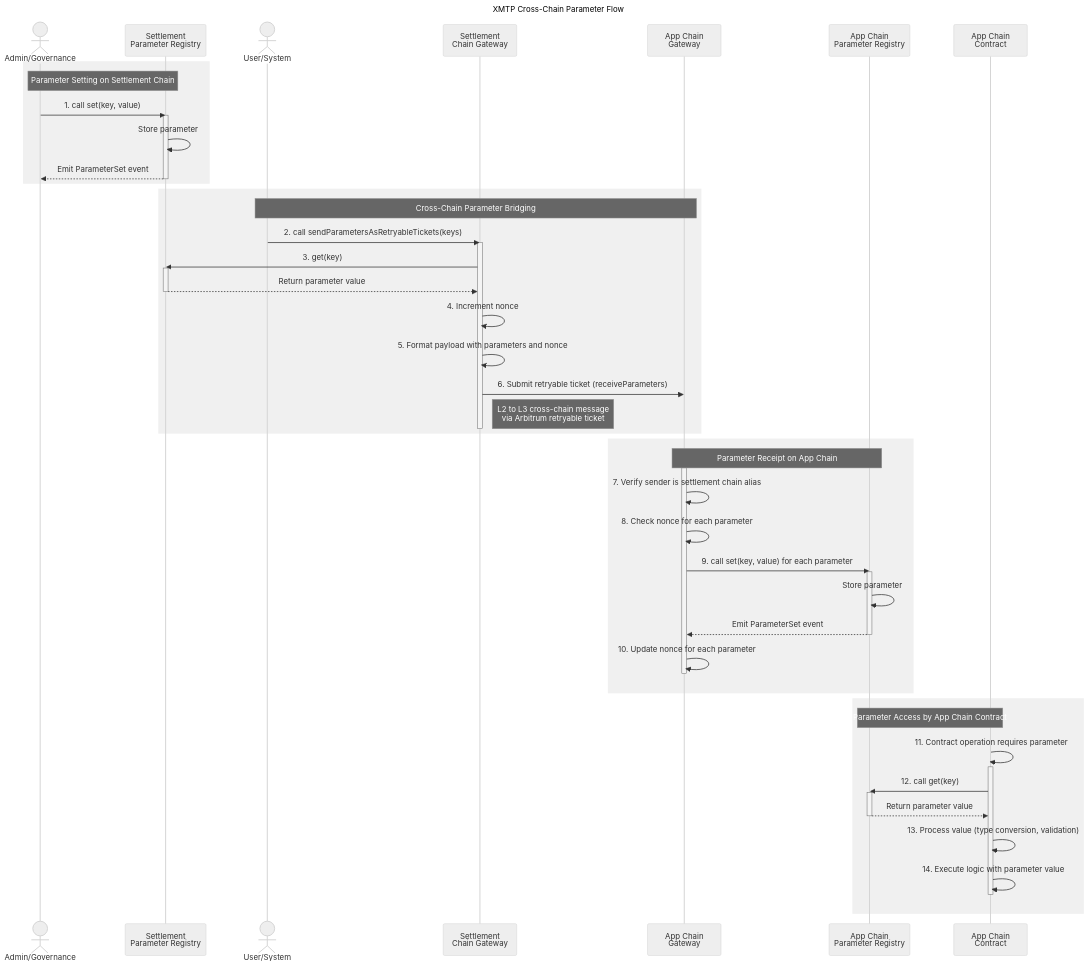
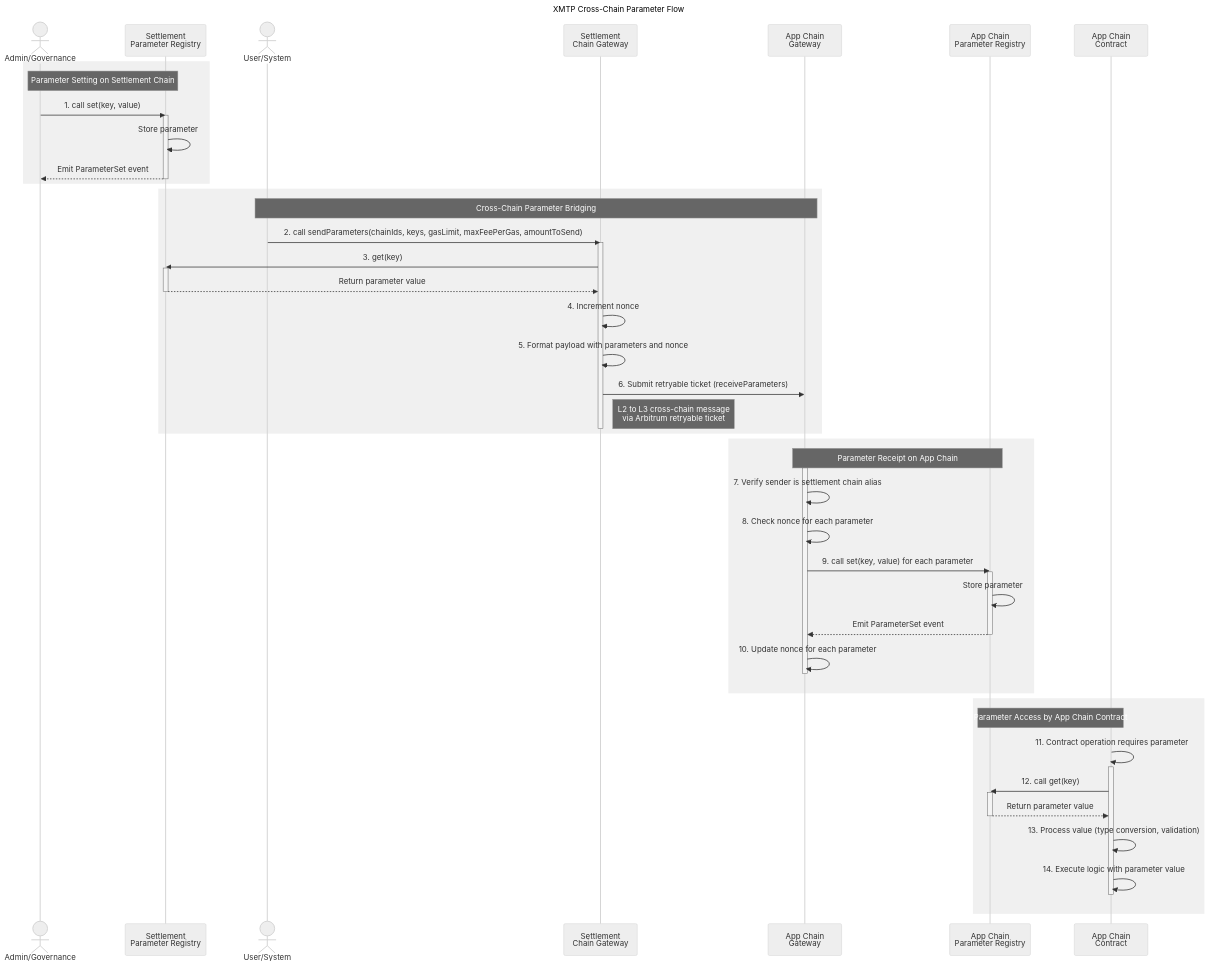
One commit to xmtp/smart-contracts changed the second of 2 diagrams in doc/parameter-registry.md. Above: the diagram before and after it, drawn with Mermaid (neutral theme). The commit also changed other lines of this file and 8 other files, not shown here.

````diff
--- a/doc/parameter-registry.md
+++ b/doc/parameter-registry.md
@@ -164,63 +186,63 @@
 ```mermaid
 sequenceDiagram
     title XMTP Cross-Chain Parameter Flow
 
     actor Admin as Admin/Governance
     participant SPR as Settlement<br>Parameter Registry
     actor User as User/System
     participant SCG as Settlement<br>Chain Gateway
     participant ACG as App Chain<br>Gateway
     participant APR as App Chain<br>Parameter Registry
     participant ACC as App Chain<br>Contract
 
     rect rgb(240, 240, 240)
     Note over Admin, SPR: Parameter Setting on Settlement Chain
     Admin->>SPR: 1. call set(key, value)
     activate SPR
     SPR->>SPR: Store parameter
     SPR-->>Admin: Emit ParameterSet event
     deactivate SPR
     end
 
     rect rgb(240, 240, 240)
     Note over User, ACG: Cross-Chain Parameter Bridging
-    User->>SCG: 2. call sendParametersAsRetryableTickets(keys)
+    User->>SCG: 2. call sendParameters(chainIds, keys, gasLimit, maxFeePerGas, amountToSend)
     activate SCG
     SCG->>SPR: 3. get(key)
     activate SPR
     SPR-->>SCG: Return parameter value
     deactivate SPR
     SCG->>SCG: 4. Increment nonce
     SCG->>SCG: 5. Format payload with parameters and nonce
     SCG->>ACG: 6. Submit retryable ticket (receiveParameters)
     Note right of SCG: L2 to L3 cross-chain message<br>via Arbitrum retryable ticket
     deactivate SCG
     end
 
     rect rgb(240, 240, 240)
     Note over ACG, APR: Parameter Receipt on App Chain
     activate ACG
     ACG->>ACG: 7. Verify sender is settlement chain alias
     ACG->>ACG: 8. Check nonce for each parameter
     ACG->>APR: 9. call set(key, value) for each parameter
     activate APR
     APR->>APR: Store parameter
     APR-->>ACG: Emit ParameterSet event
     deactivate APR
     ACG->>ACG: 10. Update nonce for each parameter
     deactivate ACG
     end
 
     rect rgb(240, 240, 240)
     Note over ACC, APR: Parameter Access by App Chain Contract
     ACC->>ACC: 11. Contract operation requires parameter
     activate ACC
     ACC->>APR: 12. call get(key)
     activate APR
     APR-->>ACC: Return parameter value
     deactivate APR
     ACC->>ACC: 13. Process value (type conversion, validation)
     ACC->>ACC: 14. Execute logic with parameter value
     deactivate ACC
     end
 ```
````
